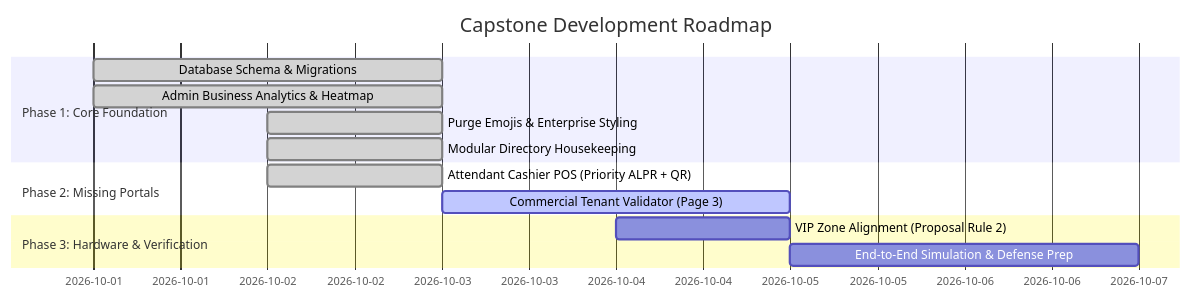
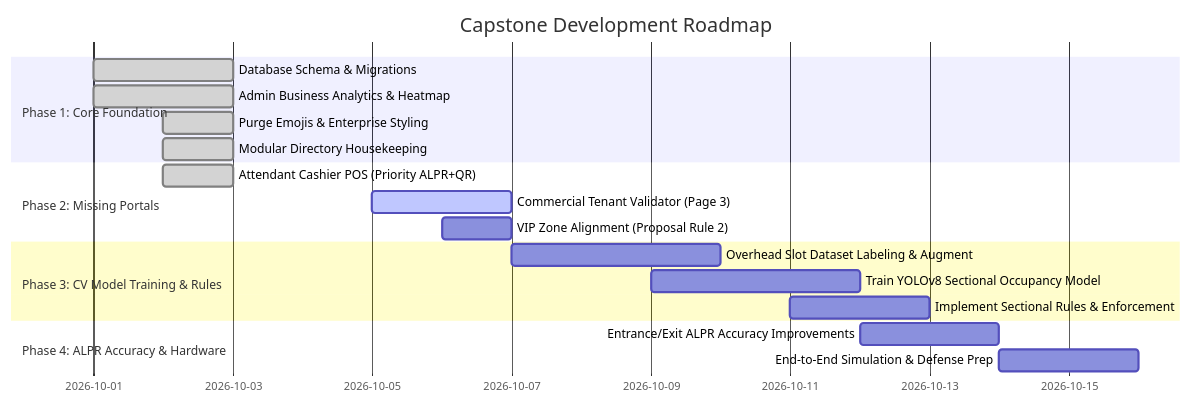
One commit to rolenr/CAPSTONE changed the diagram in PROJECT_TRACKER.md. Above: the diagram before and after it, drawn with Mermaid. The commit also changed other lines of this file, not shown here.

Commit message:
docs: add CV model training, sectional occupancy rules, and ALPR accuracy roadmap to PROJECT_TRACKER.md

````diff
--- a/PROJECT_TRACKER.md
+++ b/PROJECT_TRACKER.md
@@ -155,16 +169,21 @@
 ```mermaid
 gantt
     title Capstone Development Roadmap
     dateFormat  YYYY-MM-DD
     section Phase 1: Core Foundation
-    Database Schema & Migrations       :done, p1, 2026-10-01, 2d
-    Admin Business Analytics & Heatmap :done, p2, 2026-10-01, 2d
-    Purge Emojis & Enterprise Styling  :done, p3, 2026-10-02, 1d
-    Modular Directory Housekeeping     :done, p4, 2026-10-02, 1d
+    Database Schema & Migrations             :done, p1, 2026-10-01, 2d
+    Admin Business Analytics & Heatmap       :done, p2, 2026-10-01, 2d
+    Purge Emojis & Enterprise Styling        :done, p3, 2026-10-02, 1d
+    Modular Directory Housekeeping           :done, p4, 2026-10-02, 1d
     section Phase 2: Missing Portals
-    Attendant Cashier POS (Priority ALPR + QR) :done, p5, 2026-10-02, 1d
-    Commercial Tenant Validator (Page 3)   :active, p6, 2026-10-03, 2d
-    section Phase 3: Hardware & Verification
-    VIP Zone Alignment (Proposal Rule 2)   :p7, 2026-10-04, 1d
-    End-to-End Simulation & Defense Prep   :p8, 2026-10-05, 2d
+    Attendant Cashier POS (Priority ALPR+QR) :done, p5, 2026-10-02, 1d
+    Commercial Tenant Validator (Page 3)     :active, p6, 2026-10-05, 2d
+    VIP Zone Alignment (Proposal Rule 2)     :p7, 2026-10-06, 1d
+    section Phase 3: CV Model Training & Rules
+    Overhead Slot Dataset Labeling & Augment :p8, 2026-10-07, 3d
+    Train YOLOv8 Sectional Occupancy Model   :p9, 2026-10-09, 3d
+    Implement Sectional Rules & Enforcement  :p10, 2026-10-11, 2d
+    section Phase 4: ALPR Accuracy & Hardware
+    Entrance/Exit ALPR Accuracy Improvements :p11, 2026-10-12, 2d
+    End-to-End Simulation & Defense Prep     :p12, 2026-10-14, 2d
 ```
````
